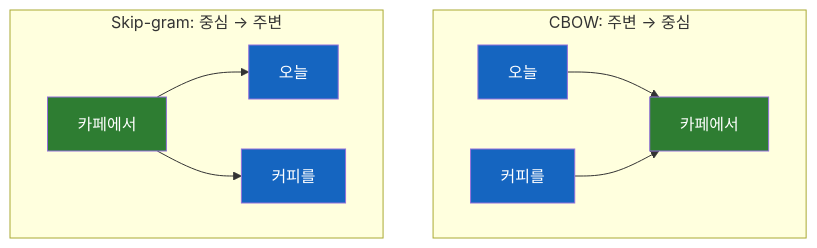
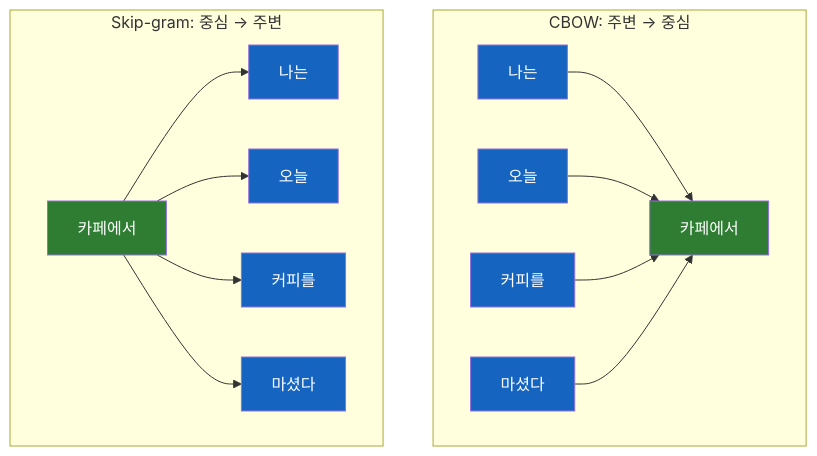
Before and after one commit to sskim91/TIL: the second of 3 diagrams in ai/컴퓨터에게-단어의-의미를-가르치는-법.md, drawn with Mermaid. The commit also changed other lines of this file and 36 other files, not shown here.

````diff
--- a/ai/컴퓨터에게-단어의-의미를-가르치는-법.md
+++ b/ai/컴퓨터에게-단어의-의미를-가르치는-법.md
@@ -134,19 +134,27 @@
 ```mermaid
 graph TD
     subgraph CBOW["CBOW: 주변 → 중심"]
-        A1["오늘"] --> C1["카페에서"]
+        A0["나는"] --> C1["카페에서"]
+        A1["오늘"] --> C1
         A2["커피를"] --> C1
+        A3["마셨다"] --> C1
     end
 
     subgraph Skip["Skip-gram: 중심 → 주변"]
-        C2["카페에서"] --> B1["오늘"]
+        C2["카페에서"] --> B0["나는"]
+        C2 --> B1["오늘"]
         C2 --> B2["커피를"]
+        C2 --> B3["마셨다"]
     end
 
+    style A0 fill:#1565C0,color:#fff
     style A1 fill:#1565C0,color:#fff
     style A2 fill:#1565C0,color:#fff
+    style A3 fill:#1565C0,color:#fff
     style C1 fill:#2E7D32,color:#fff
     style C2 fill:#2E7D32,color:#fff
+    style B0 fill:#1565C0,color:#fff
     style B1 fill:#1565C0,color:#fff
     style B2 fill:#1565C0,color:#fff
+    style B3 fill:#1565C0,color:#fff
 ```
````
